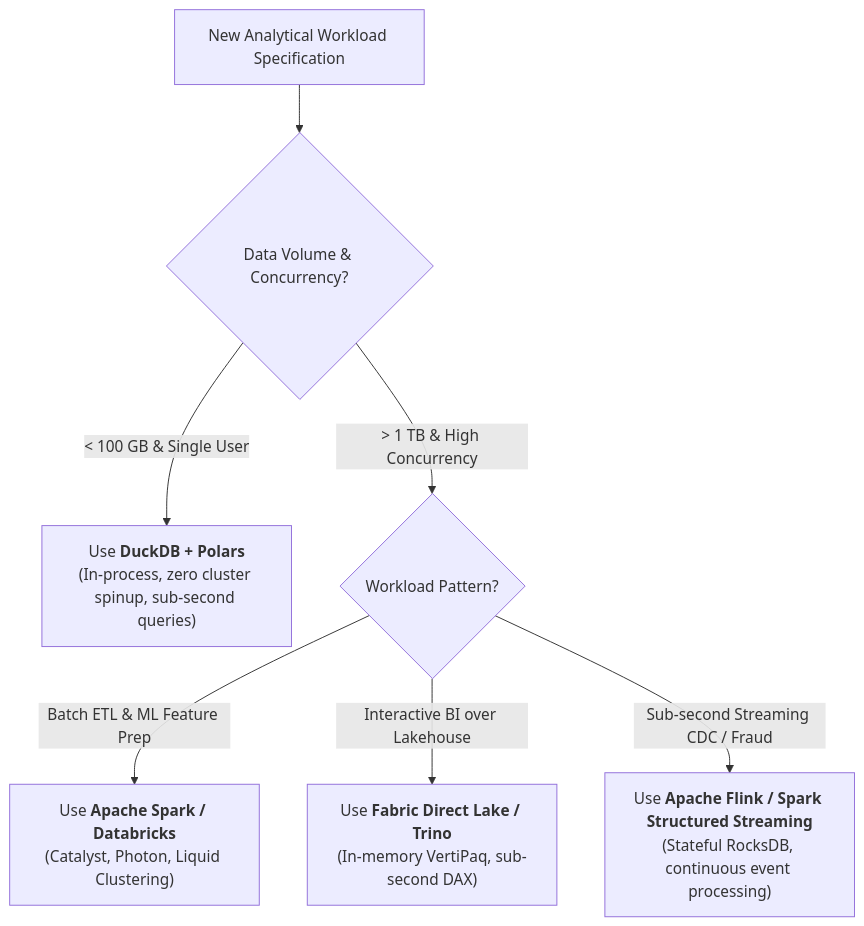
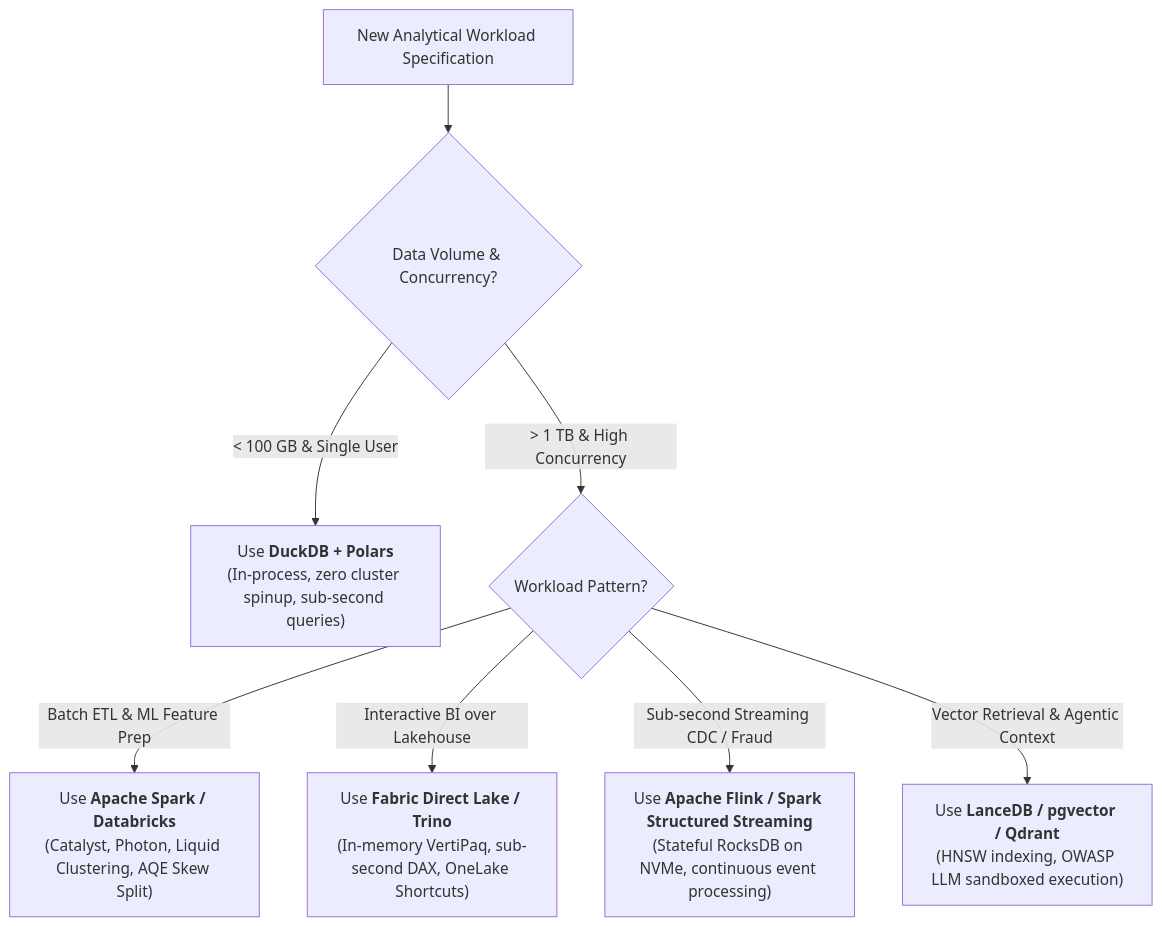
The diagram in docs/architecture/README.md (santoshjammi29/moderndataengineer), drawn with Mermaid before and after one commit. The commit also changed other lines of this file and 10 other files, not shown here.

````diff
--- a/docs/architecture/README.md
+++ b/docs/architecture/README.md
@@ -26,12 +49,13 @@
 ```mermaid
 flowchart TD
     Start["New Analytical Workload Specification"]
     
     Start --> Vol{"Data Volume & Concurrency?"}
     Vol -- "< 100 GB & Single User" --> InProc["Use <b>DuckDB + Polars</b><br/>(In-process, zero cluster spinup, sub-second queries)"]
     Vol -- "> 1 TB & High Concurrency" --> Distributed{"Workload Pattern?"}
     
-    Distributed -- "Batch ETL & ML Feature Prep" --> SparkEngine["Use <b>Apache Spark / Databricks</b><br/>(Catalyst, Photon, Liquid Clustering)"]
-    Distributed -- "Interactive BI over Lakehouse" --> DirectLake["Use <b>Fabric Direct Lake / Trino</b><br/>(In-memory VertiPaq, sub-second DAX)"]
-    Distributed -- "Sub-second Streaming CDC / Fraud" --> FlinkEngine["Use <b>Apache Flink / Spark Structured Streaming</b><br/>(Stateful RocksDB, continuous event processing)"]
+    Distributed -- "Batch ETL & ML Feature Prep" --> SparkEngine["Use <b>Apache Spark / Databricks</b><br/>(Catalyst, Photon, Liquid Clustering, AQE Skew Split)"]
+    Distributed -- "Interactive BI over Lakehouse" --> DirectLake["Use <b>Fabric Direct Lake / Trino</b><br/>(In-memory VertiPaq, sub-second DAX, OneLake Shortcuts)"]
+    Distributed -- "Sub-second Streaming CDC / Fraud" --> FlinkEngine["Use <b>Apache Flink / Spark Structured Streaming</b><br/>(Stateful RocksDB on NVMe, continuous event processing)"]
+    Distributed -- "Vector Retrieval & Agentic Context" --> VectorStore["Use <b>LanceDB / pgvector / Qdrant</b><br/>(HNSW indexing, OWASP LLM sandboxed execution)"]
 ```
````
